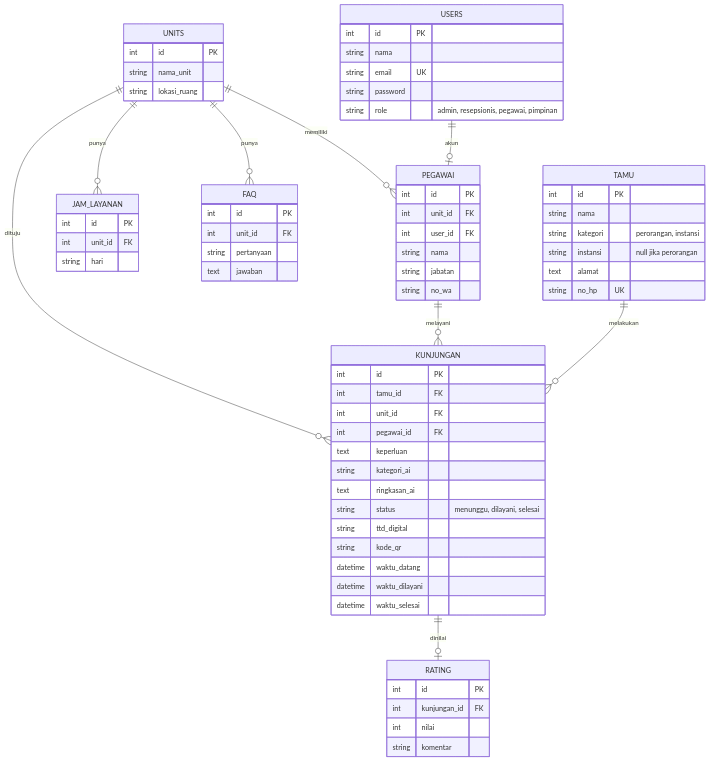
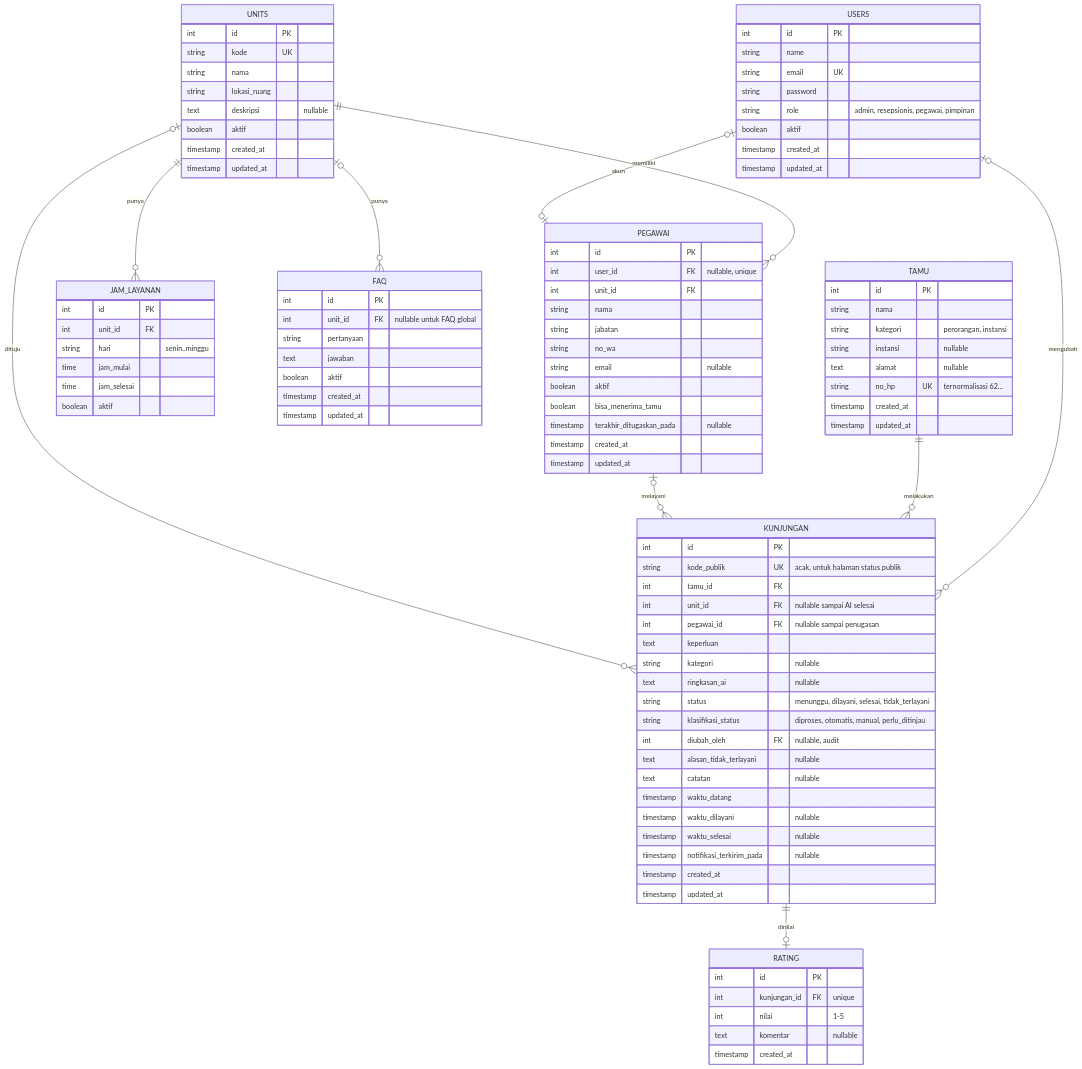
Before and after one commit to vemaarnandha/Buku-Tamu-Digital: the first of 5 diagrams in Desain Sistem Buku Tamu Digital.md, drawn with Mermaid. The commit also changed other lines of this file and 1 other file, not shown here.

Commit message:
docs: align README and design with final flow

````diff
--- a/Desain Sistem Buku Tamu Digital.md
+++ b/Desain Sistem Buku Tamu Digital.md
@@ -9,71 +28,110 @@
 ```mermaid
 erDiagram
-  UNITS ||--o{ PEGAWAI : memiliki
-  UNITS ||--o{ JAM_LAYANAN : punya
-  UNITS ||--o{ FAQ : punya
-  UNITS ||--o{ KUNJUNGAN : dituju
-  PEGAWAI ||--o{ KUNJUNGAN : melayani
-  TAMU ||--o{ KUNJUNGAN : melakukan
-  KUNJUNGAN ||--o| RATING : dinilai
-  USERS ||--o| PEGAWAI : akun
+  USERS |o--o| PEGAWAI : "akun"
+  UNITS ||--o{ PEGAWAI : "memiliki"
+  UNITS ||--o{ JAM_LAYANAN : "punya"
+  UNITS |o--o{ FAQ : "punya"
+  UNITS |o--o{ KUNJUNGAN : "dituju"
+  PEGAWAI |o--o{ KUNJUNGAN : "melayani"
+  TAMU ||--o{ KUNJUNGAN : "melakukan"
+  KUNJUNGAN ||--o| RATING : "dinilai"
+  USERS |o--o{ KUNJUNGAN : "mengubah"
+
   USERS {
     int id PK
-    string nama
+    string name
     string email UK
     string password
     string role "admin, resepsionis, pegawai, pimpinan"
+    boolean aktif
+    timestamp created_at
+    timestamp updated_at
   }
+
   UNITS {
     int id PK
-    string nama_unit
+    string kode UK
+    string nama
     string lokasi_ruang
+    text deskripsi "nullable"
+    boolean aktif
+    timestamp created_at
+    timestamp updated_at
   }
+
   JAM_LAYANAN {
     int id PK
     int unit_id FK
-    string hari
+    string hari "senin..minggu"
+    time jam_mulai
+    time jam_selesai
+    boolean aktif
   }
+
   PEGAWAI {
     int id PK
+    int user_id FK "nullable, unique"
     int unit_id FK
-    int user_id FK
     string nama
     string jabatan
     string no_wa
+    string email "nullable"
+    boolean aktif
+    boolean bisa_menerima_tamu
+    timestamp terakhir_ditugaskan_pada "nullable"
+    timestamp created_at
+    timestamp updated_at
   }
+
   TAMU {
     int id PK
     string nama
     string kategori "perorangan, instansi"
-    string instansi "null jika perorangan"
-    text alamat
-    string no_hp UK
+    string instansi "nullable"
+    text alamat "nullable"
+    string no_hp UK "ternormalisasi 62..."
+    timestamp created_at
+    timestamp updated_at
   }
+
   KUNJUNGAN {
     int id PK
+    string kode_publik UK "acak, untuk halaman status publik"
     int tamu_id FK
-    int unit_id FK
-    int pegawai_id FK
+    int unit_id FK "nullable sampai AI selesai"
+    int pegawai_id FK "nullable sampai penugasan"
     text keperluan
-    string kategori_ai
-    text ringkasan_ai
-    string status "menunggu, dilayani, selesai"
-    string ttd_digital
-    string kode_qr
-    datetime waktu_datang
-    datetime waktu_dilayani
-    datetime waktu_selesai
+    string kategori "nullable"
+    text ringkasan_ai "nullable"
+    string status "menunggu, dilayani, selesai, tidak_terlayani"
+    string klasifikasi_status "diproses, otomatis, manual, perlu_ditinjau"
+    int diubah_oleh FK "nullable, audit"
+    text alasan_tidak_terlayani "nullable"
+    text catatan "nullable"
+    timestamp waktu_datang
+    timestamp waktu_dilayani "nullable"
+    timestamp waktu_selesai "nullable"
+    timestamp notifikasi_terkirim_pada "nullable"
+    timestamp created_at
+    timestamp updated_at
   }
+
   FAQ {
     int id PK
-    int unit_id FK
+    int unit_id FK "nullable untuk FAQ global"
     string pertanyaan
     text jawaban
+    boolean aktif
+    timestamp created_at
+    timestamp updated_at
   }
+
   RATING {
     int id PK
-    int kunjungan_id FK
-    int nilai
-    string komentar
+    int kunjungan_id FK "unique"
+    int nilai "1-5"
+    text komentar "nullable"
+    timestamp created_at
   }
+
 ```
````
